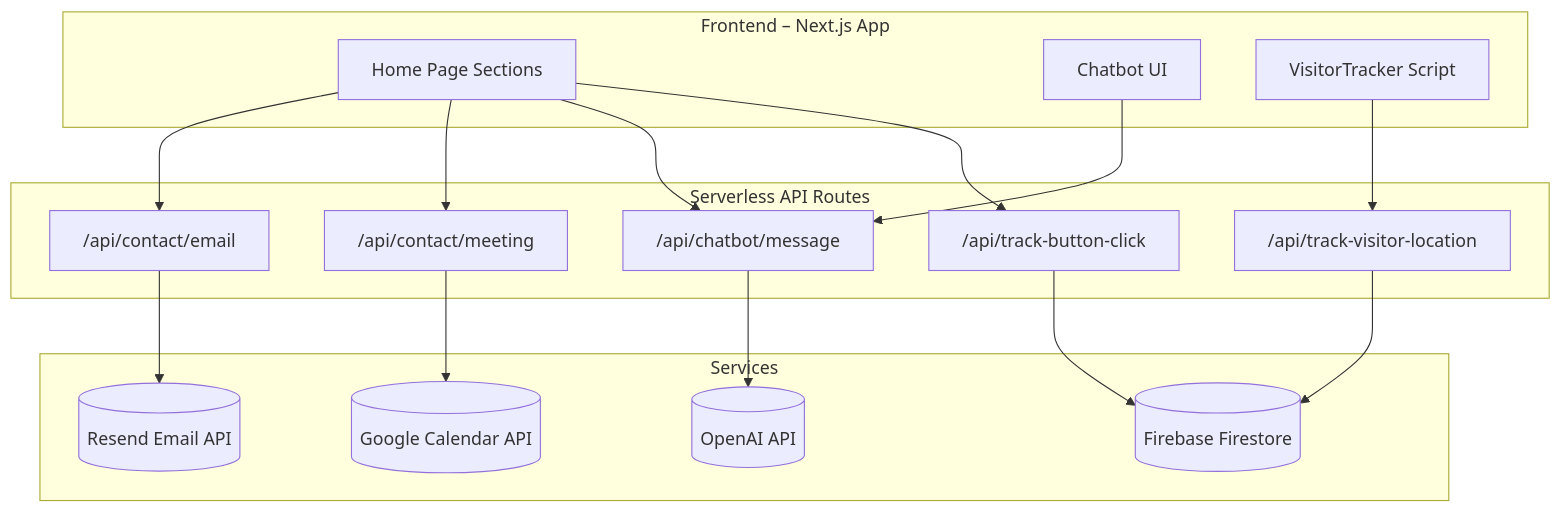
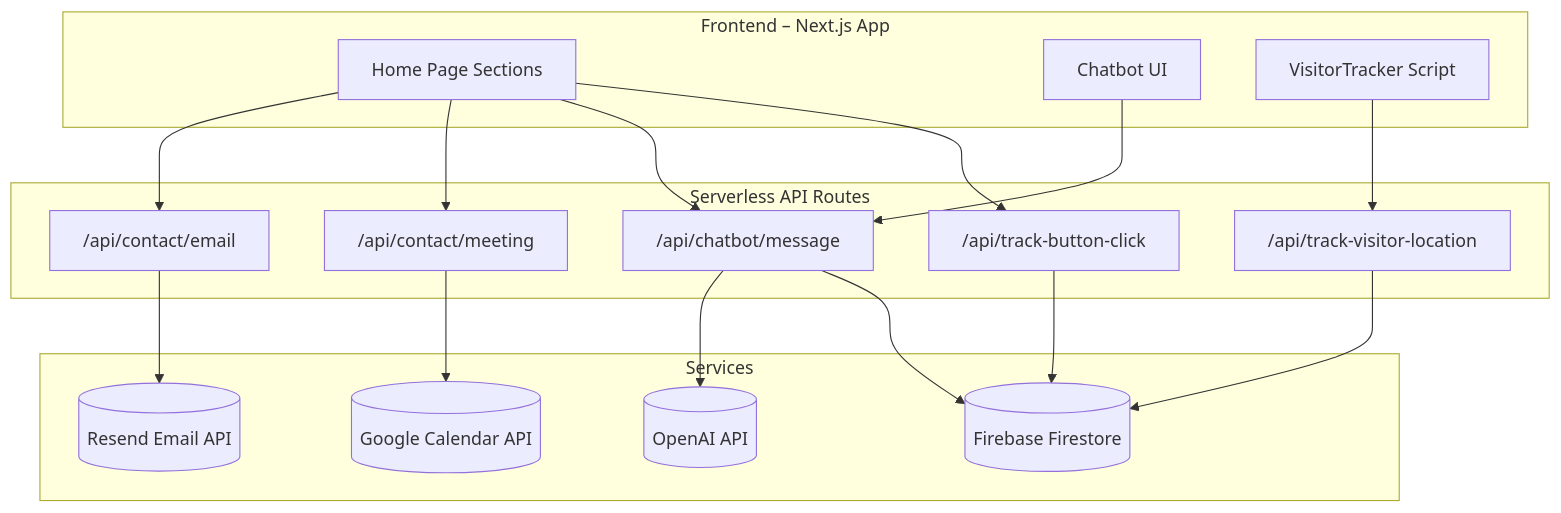
Before and after one commit to LawrenceHua/modern-portfolio-template: the diagram in README.md, drawn with Mermaid.

Commit message:
Update README.md
Fixed diagram

````diff
--- a/README.md
+++ b/README.md
@@ -13,41 +13,42 @@
 ```mermaid
 flowchart TD
   %% FRONTEND LAYER
   subgraph Frontend [Frontend – Next.js App]
     A[Home Page Sections]
     B[Chatbot UI]
     C[VisitorTracker Script]
   end
 
   %% API ROUTES
   subgraph API [Serverless API Routes]
     D1["/api/contact/email"]
     E1["/api/contact/meeting"]
     F1["/api/chatbot/message"]
     G1["/api/track-visitor-location"]
     H1["/api/track-button-click"]
   end
 
   %% BACKEND SERVICES
   subgraph Services
     I[(Firebase Firestore)]
     J[(OpenAI API)]
     K[(Google Calendar API)]
     L[(Resend Email API)]
   end
 
   %% FRONTEND TO API CONNECTIONS
   A --> D1
   A --> E1
   A --> F1
   A --> H1
   C --> G1
   B --> F1
 
   %% API TO SERVICE CONNECTIONS
   D1 --> L
   E1 --> K
   F1 --> J
+  F1 --> I
   G1 --> I
   H1 --> I
 ```
````
